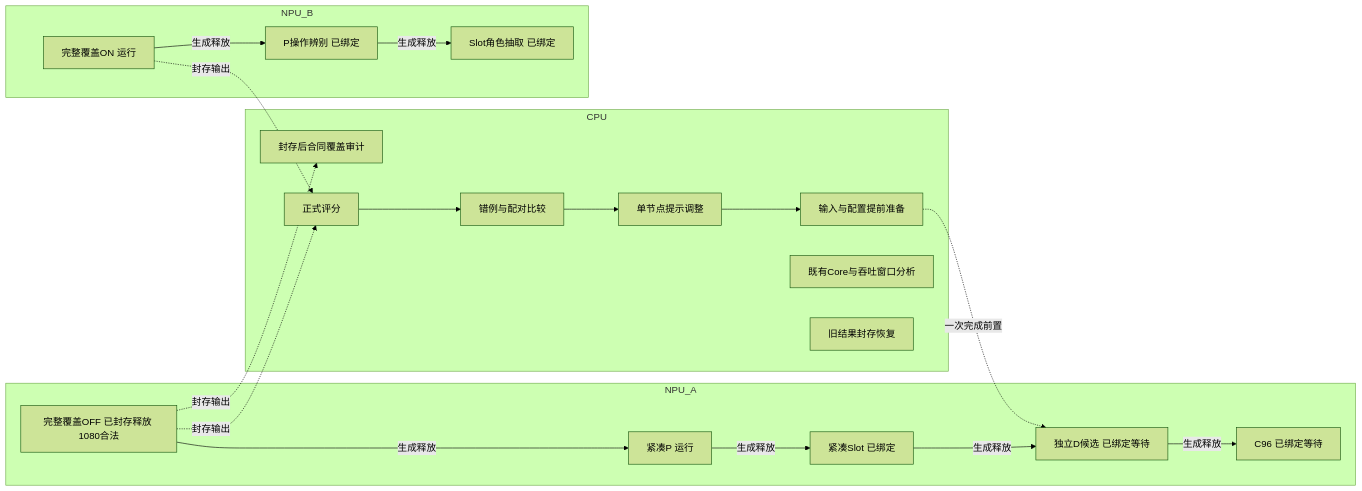
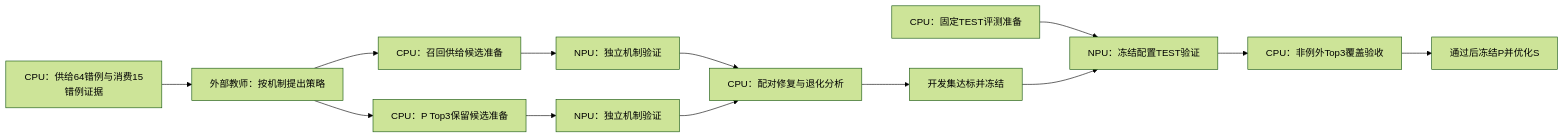
One commit to chaosxingxc-orion/omni changed the diagram in docs/decisions/TFRL-Execution-DAG.md. Above: the diagram before and after it, drawn with Mermaid (forest theme). The commit also changed other lines of this file and 8 other files, not shown here.

````diff
--- a/docs/decisions/TFRL-Execution-DAG.md
+++ b/docs/decisions/TFRL-Execution-DAG.md
@@ -39,25 +5,15 @@
 ```mermaid
 flowchart LR
-  subgraph CPU
-    Prep[输入与配置提前准备]
-    Audit[封存后合同覆盖审计]
-    Score[正式评分] --> Compare[错例与配对比较]
-    Compare --> Tune[单节点提示调整] --> Prep
-    Efficiency[既有Core与吞吐窗口分析]
-    Recover[旧结果封存恢复]
-  end
-  subgraph NPU_A
-    A[完整覆盖OFF 已封存释放 1080合法] -->|生成释放| CP[紧凑P 运行]
-    CP -->|生成释放| CS[紧凑Slot 已绑定]
-    CS -->|生成释放| D[独立D候选 已绑定等待]
-    D -->|生成释放| C96[C96 已绑定等待]
-  end
-  subgraph NPU_B
-    B[完整覆盖ON 运行] -->|生成释放| P[P操作辨别 已绑定]
-    P -->|生成释放| S[Slot角色抽取 已绑定]
-  end
-  A -.封存输出.-> Audit
-  A -.封存输出.-> Score
-  B -.封存输出.-> Score
-  Prep -.一次完成前置.-> D
+ E[CPU：供给64错例与消费15错例证据] --> T[外部教师：按机制提出策略]
+ T --> R[CPU：召回供给候选准备]
+ T --> P[CPU：P Top3保留候选准备]
+ R --> N1[NPU：独立机制验证]
+ P --> N2[NPU：独立机制验证]
+ N1 --> A[CPU：配对修复与退化分析]
+ N2 --> A
+ A --> F[开发集达标并冻结]
+ Q[CPU：固定TEST评测准备] --> V[NPU：冻结配置TEST验证]
+ F --> V
+ V --> G[CPU：非例外Top3覆盖验收]
+ G --> S[通过后冻结P并优化S]
 ```
````
